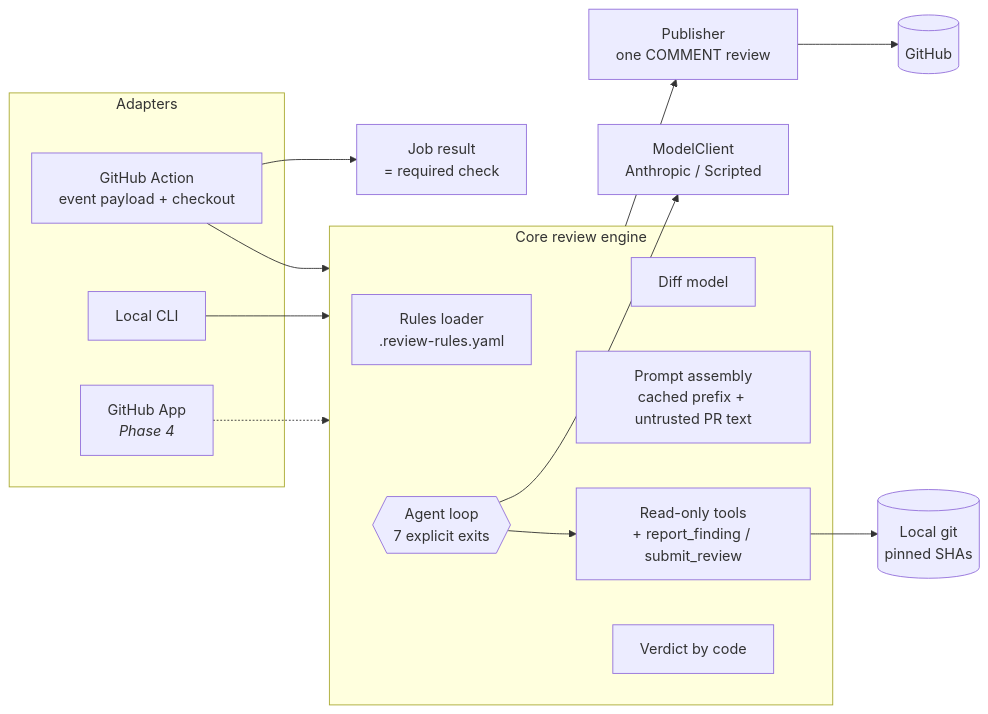
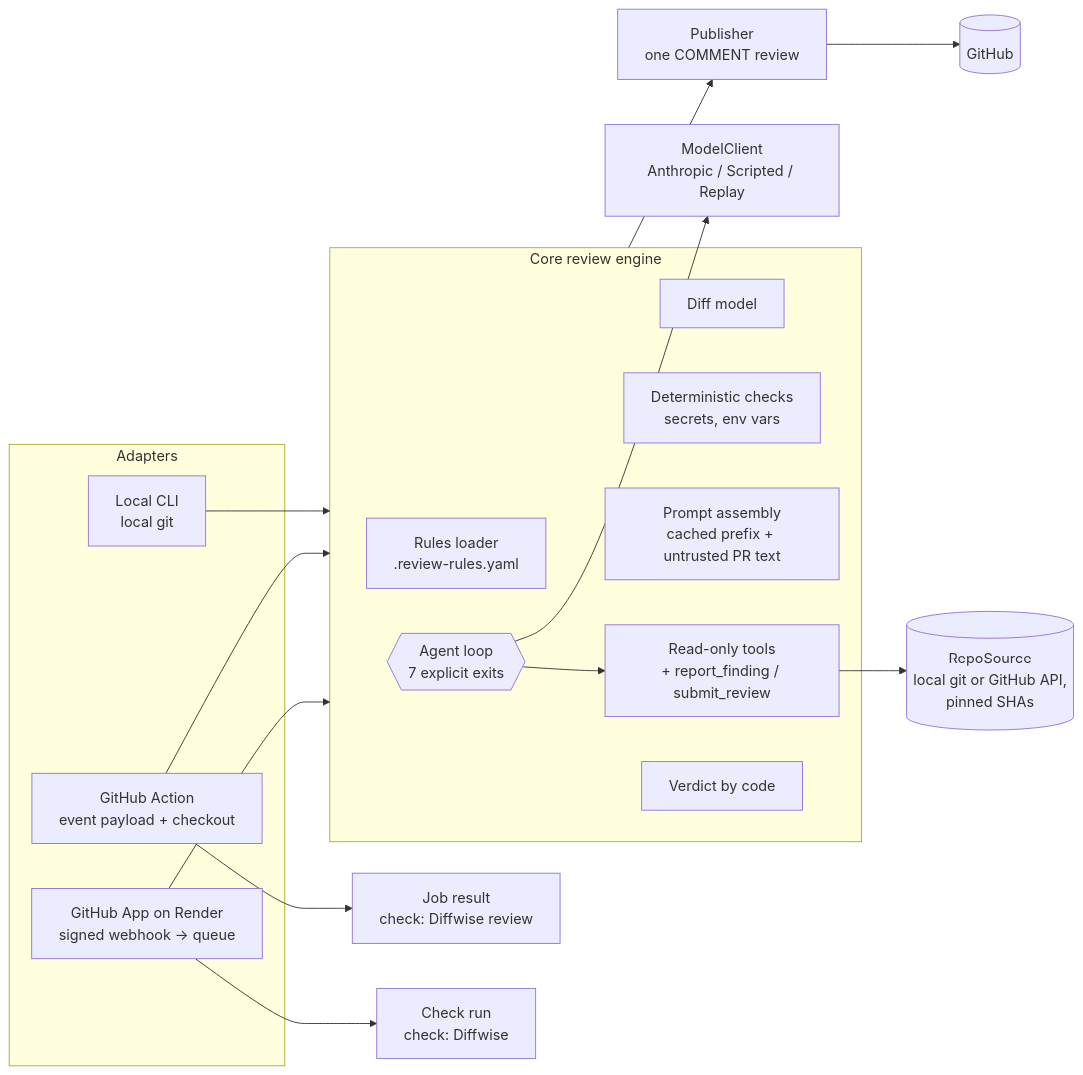
One commit to gcsebas99/diffwise changed the diagram in README.md. Above: the diagram before and after it, drawn with Mermaid. The commit also changed other lines of this file and 44 other files, not shown here.

````diff
--- a/README.md
+++ b/README.md
@@ -19,24 +23,26 @@
 ```mermaid
 flowchart LR
   subgraph Adapters
+    CLI[Local CLI<br/>local git]
     ACT[GitHub Action<br/>event payload + checkout]
-    CLI[Local CLI]
-    APP[GitHub App<br/><i>Phase 4</i>]
+    APP[GitHub App on Render<br/>signed webhook → queue]
   end
+  CLI --> ENGINE
   ACT --> ENGINE
-  CLI --> ENGINE
-  APP -.-> ENGINE
+  APP --> ENGINE
   subgraph ENGINE[Core review engine]
     RULES[Rules loader<br/>.review-rules.yaml]
     DIFF[Diff model]
+    CHECKS[Deterministic checks<br/>secrets, env vars]
     CTX[Prompt assembly<br/>cached prefix + untrusted PR text]
     LOOP{{Agent loop<br/>7 explicit exits}}
     TOOLS[Read-only tools<br/>+ report_finding / submit_review]
     VERDICT[Verdict by code]
   end
-  LOOP --> MODEL[ModelClient<br/>Anthropic / Scripted]
-  LOOP --> TOOLS --> SRC[(Local git<br/>pinned SHAs)]
+  LOOP --> MODEL[ModelClient<br/>Anthropic / Scripted / Replay]
+  LOOP --> TOOLS --> SRC[(RepoSource<br/>local git or GitHub API,<br/>pinned SHAs)]
   ENGINE --> PUB[Publisher<br/>one COMMENT review]
   PUB --> GH[(GitHub)]
-  ACT --> CHECK[Job result<br/>= required check]
+  ACT --> JOB[Job result<br/>check: Diffwise review]
+  APP --> CRUN[Check run<br/>check: Diffwise]
 ```
````
